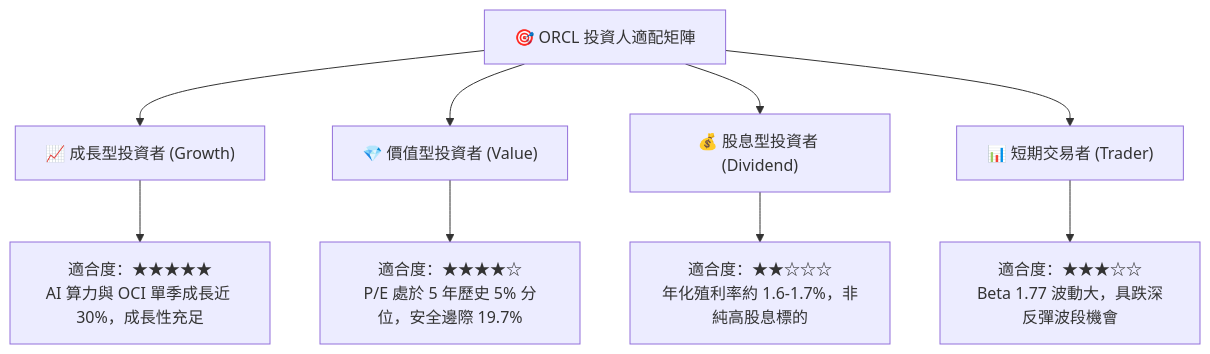
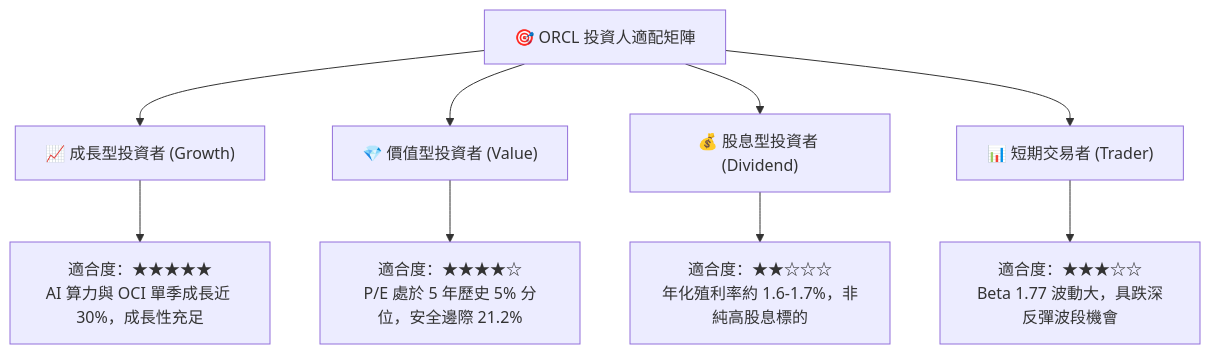
Before and after one commit to yennanliu/finance_data: diagram 15 of 15 in ai_gen_report/fundamental/orcl/fundamental_analysis_2026-10-23_gemini.md, drawn with Mermaid. The commit also changed other lines of this file and 339 other files, not shown here.

````diff
--- a/ai_gen_report/fundamental/orcl/fundamental_analysis_2026-10-23_gemini.md
+++ b/ai_gen_report/fundamental/orcl/fundamental_analysis_2026-10-23_gemini.md
@@ -1146,14 +1146,14 @@
 ```mermaid
 graph TD
     INV["🎯 ORCL 投資人適配矩陣"]
 
     INV --> G["📈 成長型投資者 (Growth)"]
     INV --> V["💎 價值型投資者 (Value)"]
     INV --> D["💰 股息型投資者 (Dividend)"]
     INV --> T["📊 短期交易者 (Trader)"]
 
     G --> G1["適合度：★★★★★<br/>AI 算力與 OCI 單季成長近 30%，成長性充足"]
-    V --> V1["適合度：★★★★☆<br/>P/E 處於 5 年歷史 5% 分位，安全邊際 19.7%"]
+    V --> V1["適合度：★★★★☆<br/>P/E 處於 5 年歷史 5% 分位，安全邊際 21.2%"]
     D --> D1["適合度：★★☆☆☆<br/>年化殖利率約 1.6-1.7%，非純高股息標的"]
     T --> T1["適合度：★★★☆☆<br/>Beta 1.77 波動大，具跌深反彈波段機會"]
 ```
````
